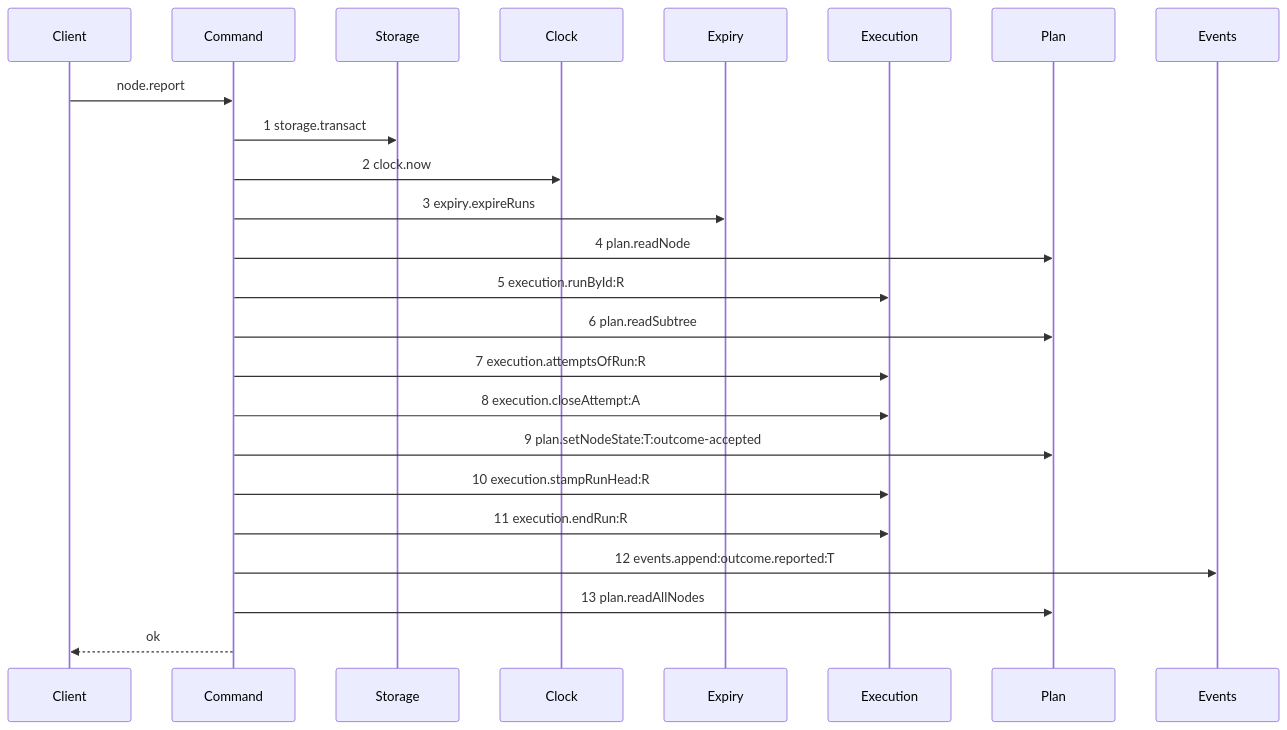
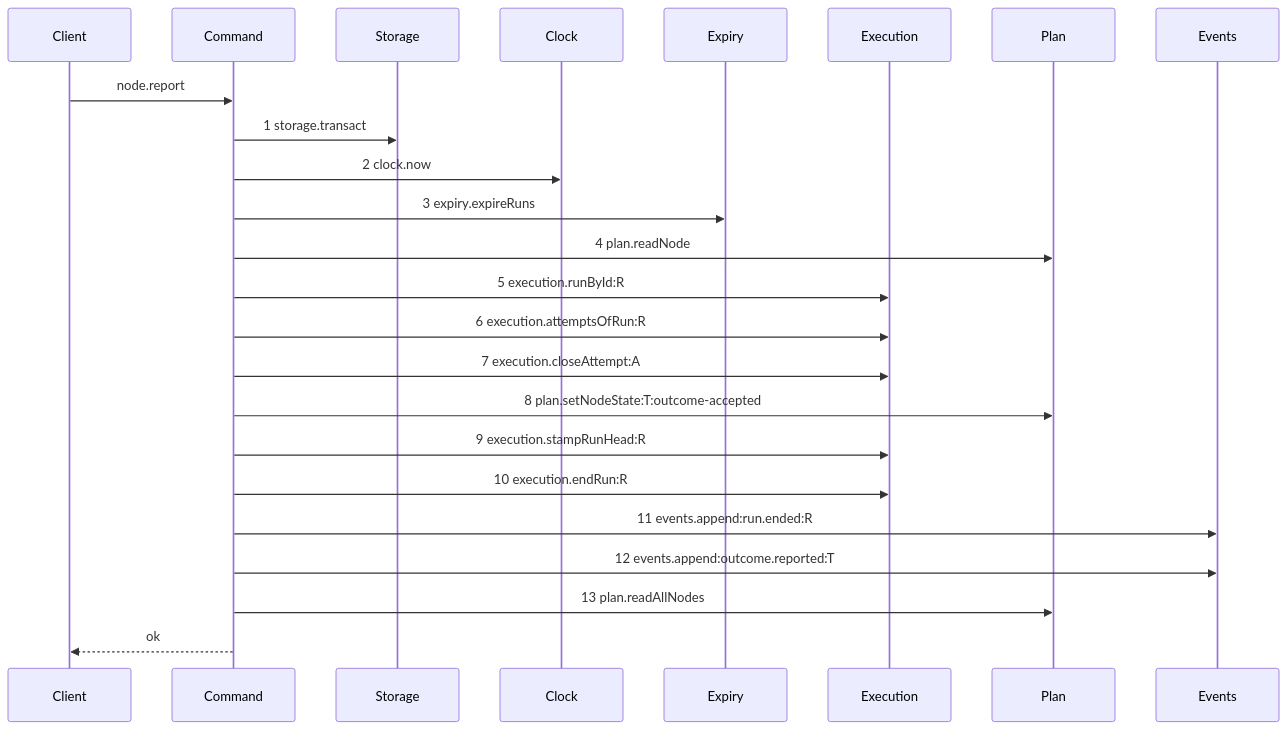
One commit to kanthorlabs/kanthord-engine changed the diagram in .agents/plan/stories/050.4-the-node-lease-removal/06-the-report-drops-the-lease.md. Above: the diagram before and after it, drawn with Mermaid. The commit also changed other lines of this file and 150 other files, not shown here.

````diff
--- a/.agents/plan/stories/050.4-the-node-lease-removal/06-the-report-drops-the-lease.md
+++ b/.agents/plan/stories/050.4-the-node-lease-removal/06-the-report-drops-the-lease.md
@@ -50,26 +50,26 @@
 ```mermaid
 sequenceDiagram
     participant Client
     participant Command
     participant Storage
     participant Clock
     participant Expiry
     participant Execution
     participant Plan
     participant Events
     Client->>Command: node.report
     Command->>Storage: 1 storage.transact
     Command->>Clock: 2 clock.now
     Command->>Expiry: 3 expiry.expireRuns
     Command->>Plan: 4 plan.readNode
     Command->>Execution: 5 execution.runById:R
-    Command->>Plan: 6 plan.readSubtree
-    Command->>Execution: 7 execution.attemptsOfRun:R
-    Command->>Execution: 8 execution.closeAttempt:A
-    Command->>Plan: 9 plan.setNodeState:T:outcome-accepted
-    Command->>Execution: 10 execution.stampRunHead:R
-    Command->>Execution: 11 execution.endRun:R
+    Command->>Execution: 6 execution.attemptsOfRun:R
+    Command->>Execution: 7 execution.closeAttempt:A
+    Command->>Plan: 8 plan.setNodeState:T:outcome-accepted
+    Command->>Execution: 9 execution.stampRunHead:R
+    Command->>Execution: 10 execution.endRun:R
+    Command->>Events: 11 events.append:run.ended:R
     Command->>Events: 12 events.append:outcome.reported:T
     Command->>Plan: 13 plan.readAllNodes
     Command-->>Client: ok
 ```
````
